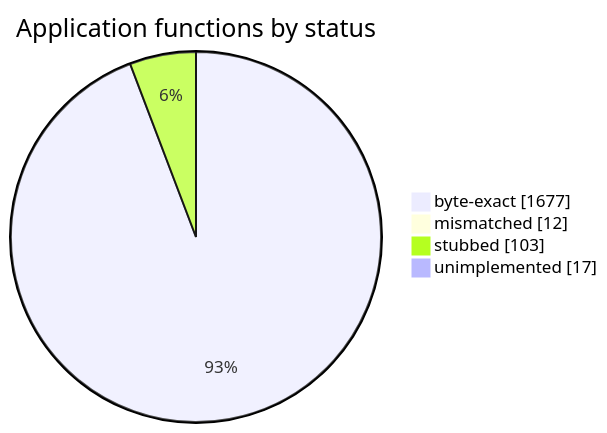
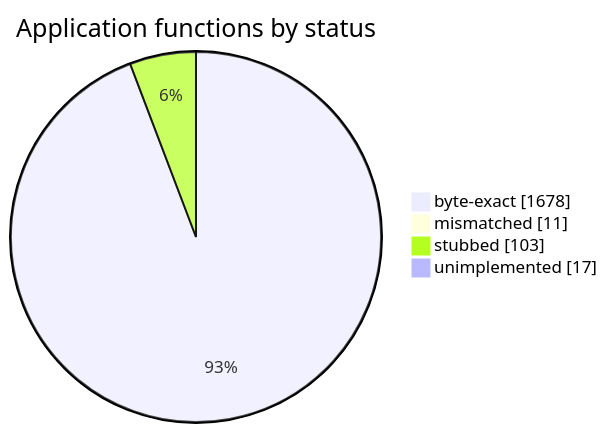
The diagram in README.md (sorokya/eos), drawn with Mermaid before and after one commit. The commit also changed other lines of this file and 2 other files, not shown here.

````diff
--- a/README.md
+++ b/README.md
@@ -154,8 +154,8 @@
 ```mermaid
 pie showData
     title Application functions by status
-    "byte-exact" : 1677
-    "mismatched" : 12
+    "byte-exact" : 1678
+    "mismatched" : 11
     "stubbed" : 103
     "unimplemented" : 17
 ```
````
